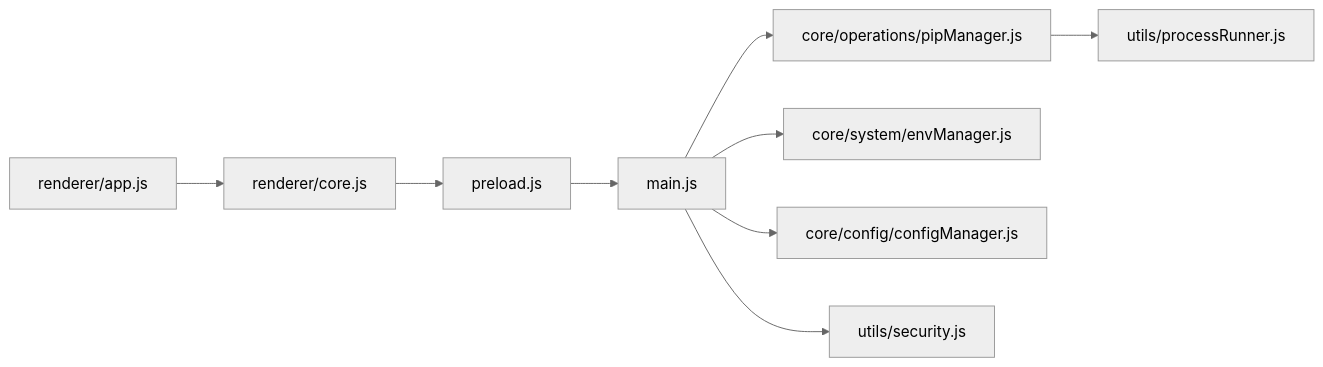
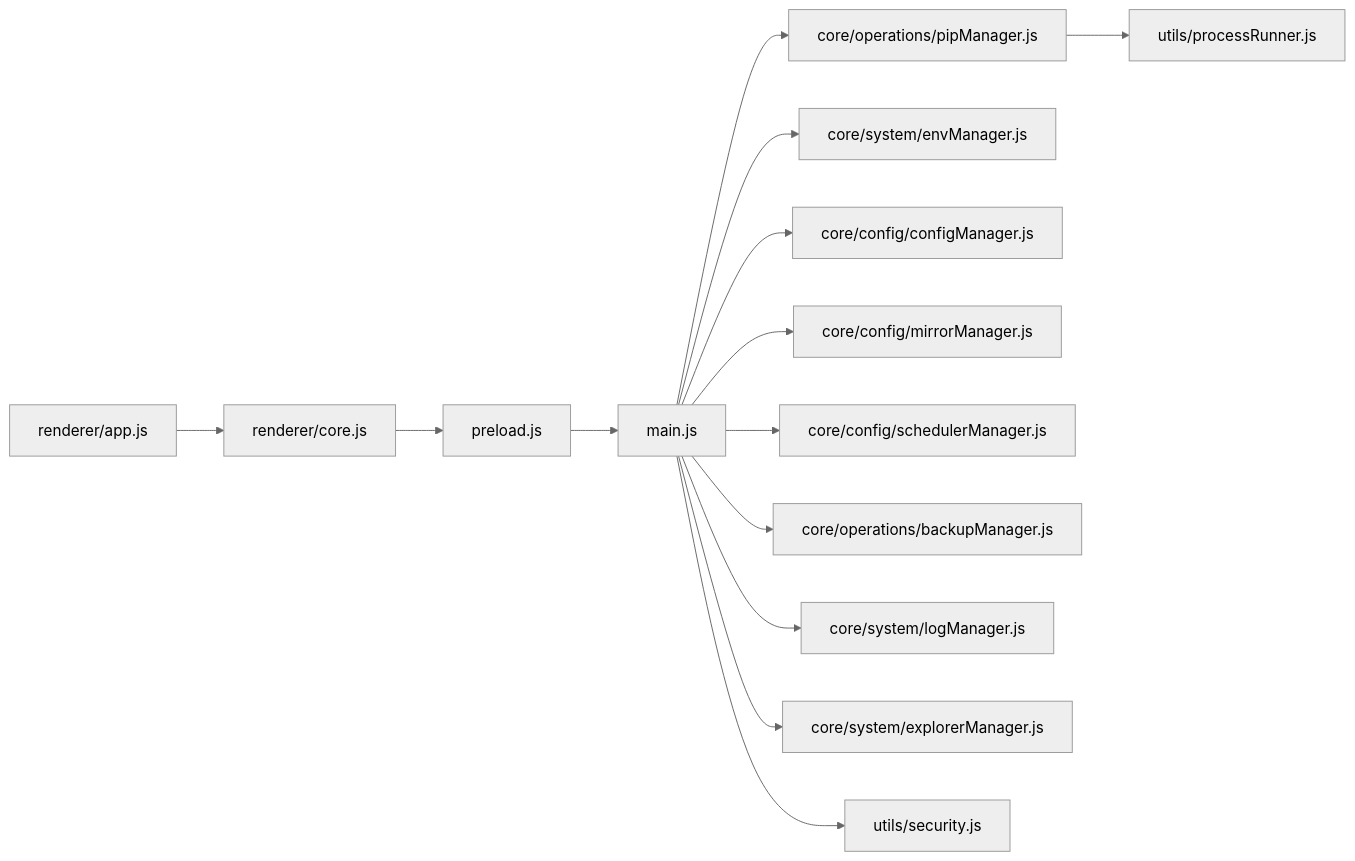
One commit to SoftheartedYYC/PyLibMaster changed the ninth of 9 diagrams in docs/en/content/Core Features/Core Architecture.md. Above: the diagram before and after it, drawn with Mermaid (neutral theme). The commit also changed other lines of this file and 72 other files, not shown here.

````diff
--- a/docs/en/content/Core Features/Core Architecture.md
+++ b/docs/en/content/Core Features/Core Architecture.md
@@ -399,11 +470,16 @@
 ```mermaid
 graph LR
 App["renderer/app.js"] --> CoreJS["renderer/core.js"]
 CoreJS --> Preload["preload.js"]
 Preload --> Main["main.js"]
 Main --> Pip["core/operations/pipManager.js"]
 Main --> Env["core/system/envManager.js"]
 Main --> Cfg["core/config/configManager.js"]
+Main --> Mir["core/config/mirrorManager.js"]
+Main --> Sch["core/config/schedulerManager.js"]
+Main --> Bak["core/operations/backupManager.js"]
+Main --> Log["core/system/logManager.js"]
+Main --> Exp["core/system/explorerManager.js"]
 Pip --> PR["utils/processRunner.js"]
 Main --> Sec["utils/security.js"]
 ```
````
